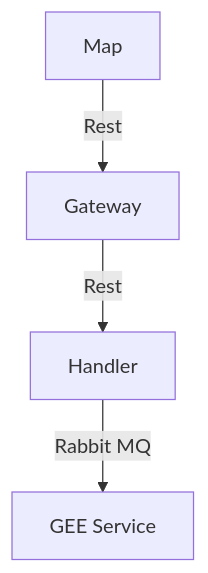
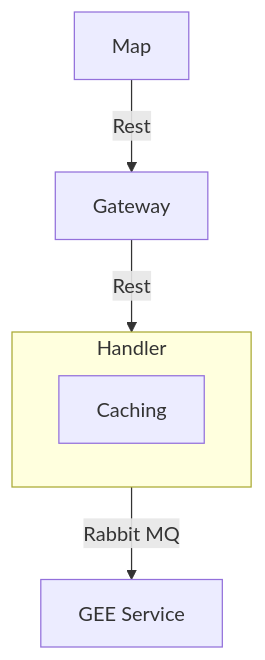
One commit to spaceomid/Documentation changed the first of 2 diagrams in docs/Farming/Description.md. Above: the diagram before and after it, drawn with Mermaid.

Commit message:
farming-diagram

````diff
--- a/docs/Farming/Description.md
+++ b/docs/Farming/Description.md
@@ -7,9 +7,13 @@
 ``` mermaid
 flowchart TB
     
+    subgraph Handler
+        Caching
+    end
+
     Map --Rest--> Gateway
     Gateway --Rest--> Handler
     Handler --Rabbit MQ--> A[GEE Service]
 
     
 ``` 
````
